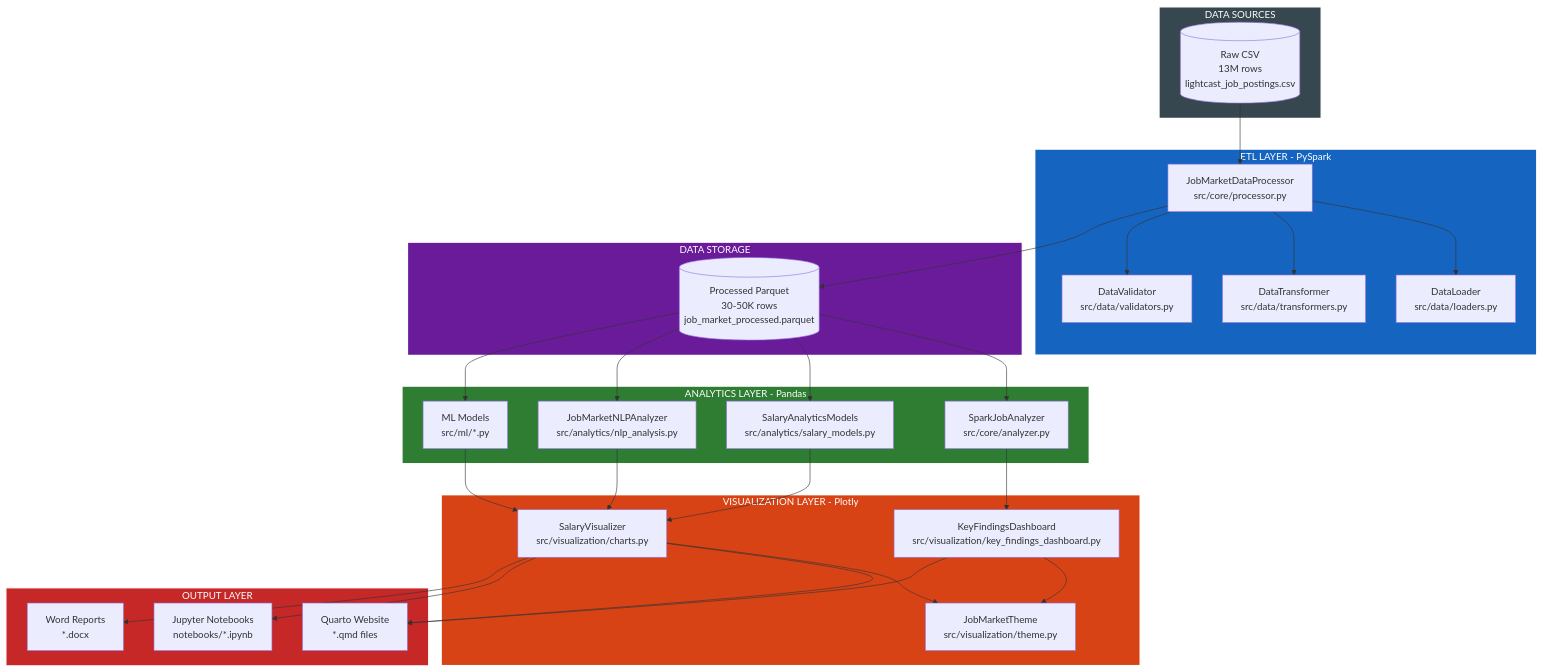
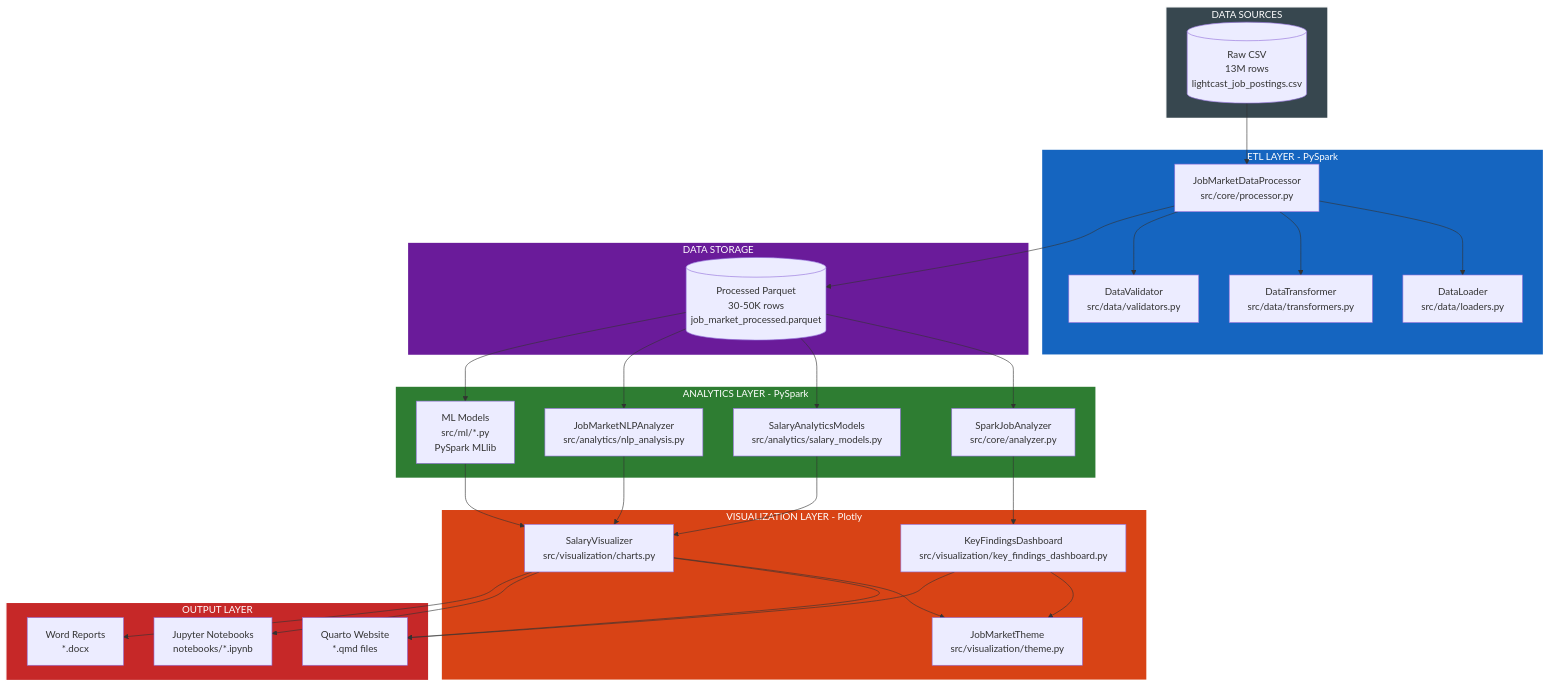
Before and after one commit to samarthya/ad688-scratch: the third of 11 diagrams in ARCHITECTURE.md, drawn with Mermaid. The commit also changed other lines of this file and 27 other files, not shown here.

````diff
--- a/ARCHITECTURE.md
+++ b/ARCHITECTURE.md
@@ -137,67 +142,67 @@
 ```mermaid
 graph TB
     subgraph INPUT["DATA SOURCES"]
         RAW[(Raw CSV<br/>13M rows<br/>lightcast_job_postings.csv)]
     end
 
     subgraph ETL["ETL LAYER - PySpark"]
         PROCESSOR[JobMarketDataProcessor<br/>src/core/processor.py]
         LOADER[DataLoader<br/>src/data/loaders.py]
         TRANSFORMER[DataTransformer<br/>src/data/transformers.py]
         VALIDATOR[DataValidator<br/>src/data/validators.py]
 
         PROCESSOR --> LOADER
         PROCESSOR --> TRANSFORMER
         PROCESSOR --> VALIDATOR
     end
 
     subgraph STORAGE["DATA STORAGE"]
         PARQUET[(Processed Parquet<br/>30-50K rows<br/>job_market_processed.parquet)]
     end
 
-    subgraph ANALYTICS["ANALYTICS LAYER - Pandas"]
+    subgraph ANALYTICS["ANALYTICS LAYER - PySpark"]
         ANALYZER[SparkJobAnalyzer<br/>src/core/analyzer.py]
         MODELS[SalaryAnalyticsModels<br/>src/analytics/salary_models.py]
         NLP[JobMarketNLPAnalyzer<br/>src/analytics/nlp_analysis.py]
-        ML[ML Models<br/>src/ml/*.py]
+        ML[ML Models<br/>src/ml/*.py<br/>PySpark MLlib]
     end
 
     subgraph VIZ["VISUALIZATION LAYER - Plotly"]
         CHARTS[SalaryVisualizer<br/>src/visualization/charts.py]
         DASHBOARD[KeyFindingsDashboard<br/>src/visualization/key_findings_dashboard.py]
         THEME[JobMarketTheme<br/>src/visualization/theme.py]
     end
 
     subgraph OUTPUT["OUTPUT LAYER"]
         QUARTO[Quarto Website<br/>*.qmd files]
         JUPYTER[Jupyter Notebooks<br/>notebooks/*.ipynb]
         REPORTS[Word Reports<br/>*.docx]
     end
 
     RAW --> PROCESSOR
     PROCESSOR --> PARQUET
     PARQUET --> ANALYZER
     PARQUET --> MODELS
     PARQUET --> NLP
     PARQUET --> ML
 
     MODELS --> CHARTS
     NLP --> CHARTS
     ML --> CHARTS
     ANALYZER --> DASHBOARD
 
     CHARTS --> THEME
     DASHBOARD --> THEME
 
     CHARTS --> QUARTO
     DASHBOARD --> QUARTO
     CHARTS --> JUPYTER
     CHARTS --> REPORTS
 
     style INPUT fill:#37474f,stroke:#fff,color:#fff,stroke-width:2px
     style ETL fill:#1565c0,stroke:#fff,color:#fff,stroke-width:3px
     style STORAGE fill:#6a1b9a,stroke:#fff,color:#fff,stroke-width:2px
     style ANALYTICS fill:#2e7d32,stroke:#fff,color:#fff,stroke-width:3px
     style VIZ fill:#d84315,stroke:#fff,color:#fff,stroke-width:3px
     style OUTPUT fill:#c62828,stroke:#fff,color:#fff,stroke-width:2px
 ```
````
